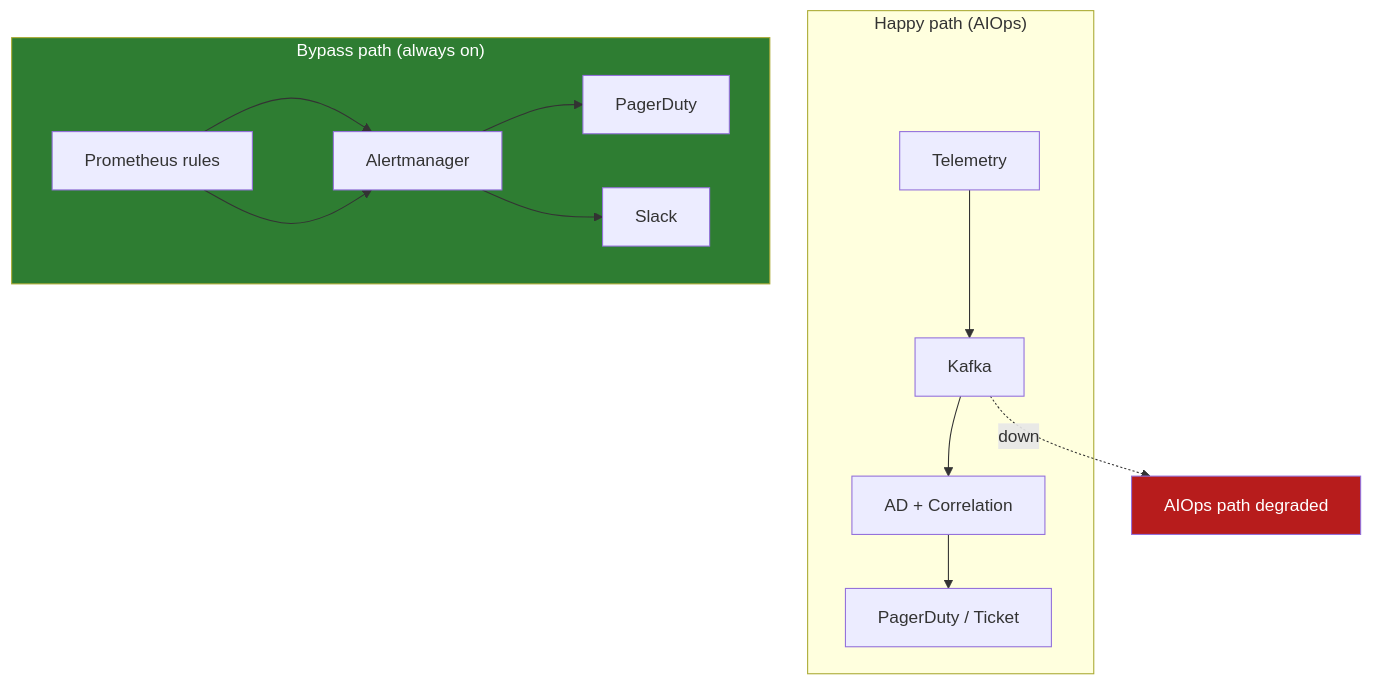
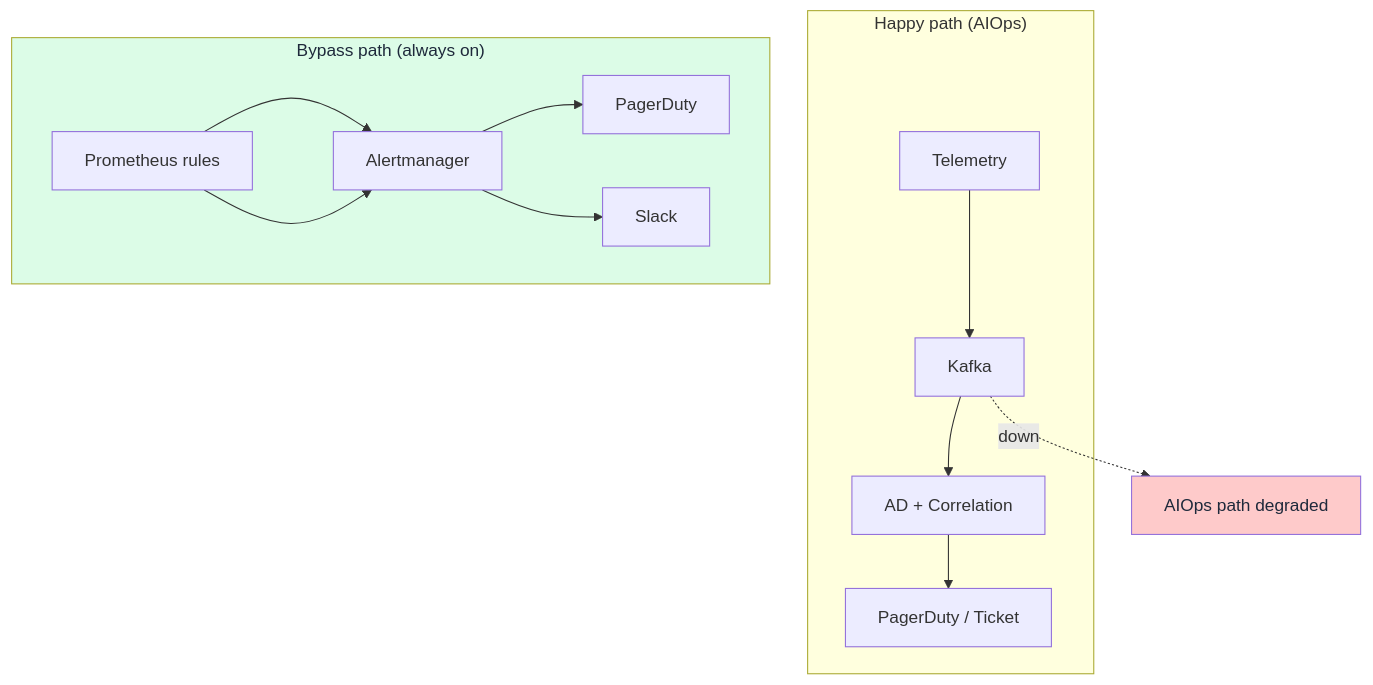
The tenth of 10 diagrams in docs/en/07-kafka/README.md (XUanhoa04/aiops-engineering-handbook), drawn with Mermaid before and after one commit. The commit also changed other lines of this file and 39 other files, not shown here.

First line of the commit message:
docs: concept-first Ch.08-12, collapse code, soft Mermaid colors

````diff
--- a/docs/en/07-kafka/README.md
+++ b/docs/en/07-kafka/README.md
@@ -1628,20 +1628,20 @@
 ```mermaid
 flowchart TB
     subgraph Normal["Happy path (AIOps)"]
         TEL[Telemetry] --> K[Kafka]
         K --> AD[AD + Correlation]
         AD --> PD1[PagerDuty / Ticket]
     end
 
     subgraph Bypass["Bypass path (always on)"]
         PROM[Prometheus rules] --> AM[Alertmanager]
         AM --> PD2[PagerDuty]
         AM --> SLACK[Slack]
     end
 
     K -.->|down| X[AIOps path degraded]
     PROM --> AM
 
-    style Bypass fill:#2e7d32,color:#fff
-    style X fill:#b71c1c,color:#fff
+    style Bypass fill:#dcfce7,color:#1e293b
+    style X fill:#fecaca,color:#1e293b
 ```
````
